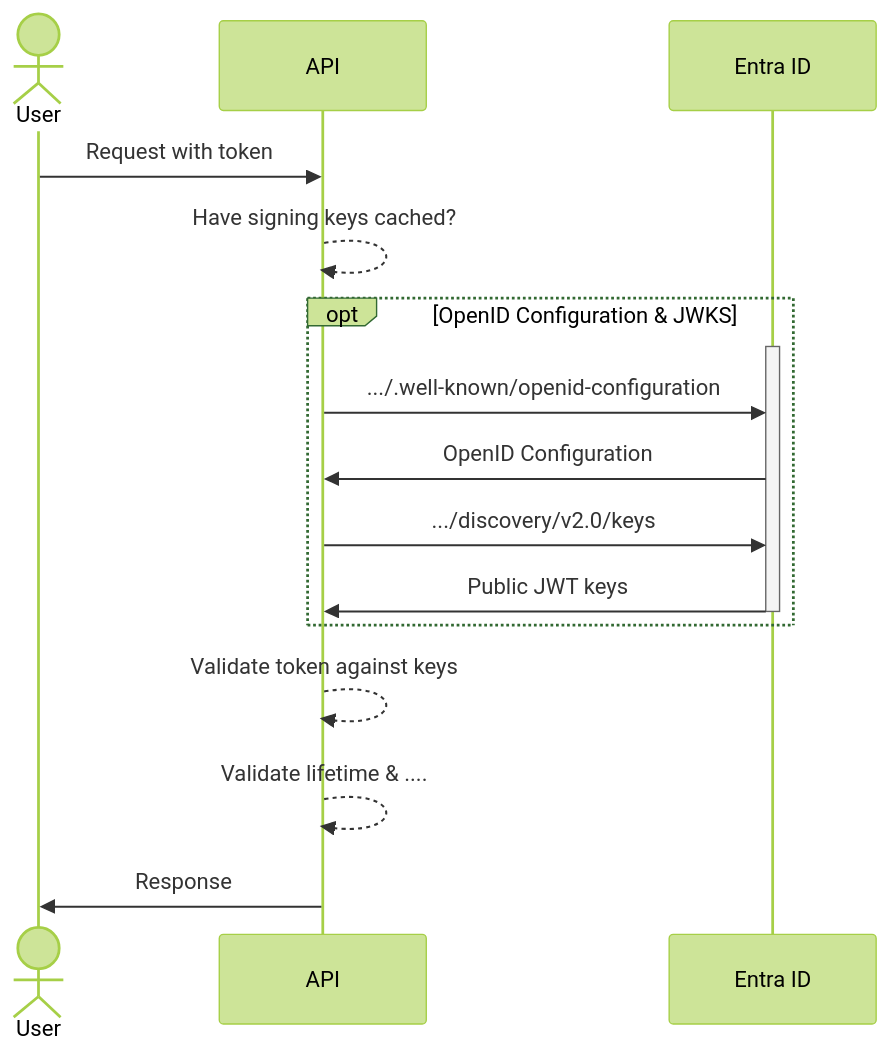
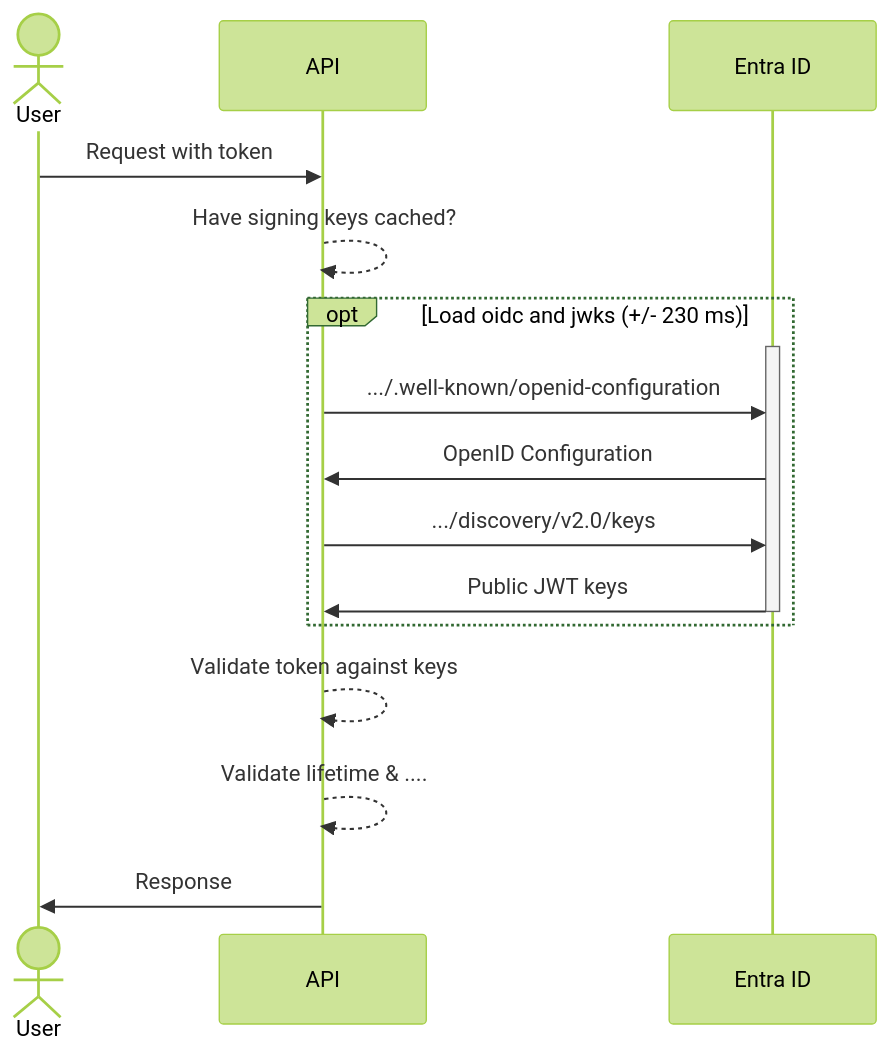
Before and after one commit to svrooij/Recipers: the diagram in .demo/slides/jwt.md, drawn with Mermaid (forest theme). The commit also changed other lines of this file and 13 other files, not shown here.

````diff
--- a/.demo/slides/jwt.md
+++ b/.demo/slides/jwt.md
@@ -16,20 +16,20 @@
 ```mermaid
 sequenceDiagram
   actor U as User
   participant Api as API
   participant En as Entra ID
 
   U ->> Api: Request with token
   Api -->>Api: Have signing keys cached?
-  opt OpenID Configuration & JWKS
+  opt Load oidc and jwks (+/- 230 ms)
   activate En
   Api->> En: .../.well-known/openid-configuration
   En->> Api: OpenID Configuration
   Api->> En: .../discovery/v2.0/keys
   En->> Api: Public JWT keys
   deactivate En
   end
   Api -->>Api: Validate token against keys
   Api -->>Api: Validate lifetime & ....
   Api->> U: Response
 ```
````
